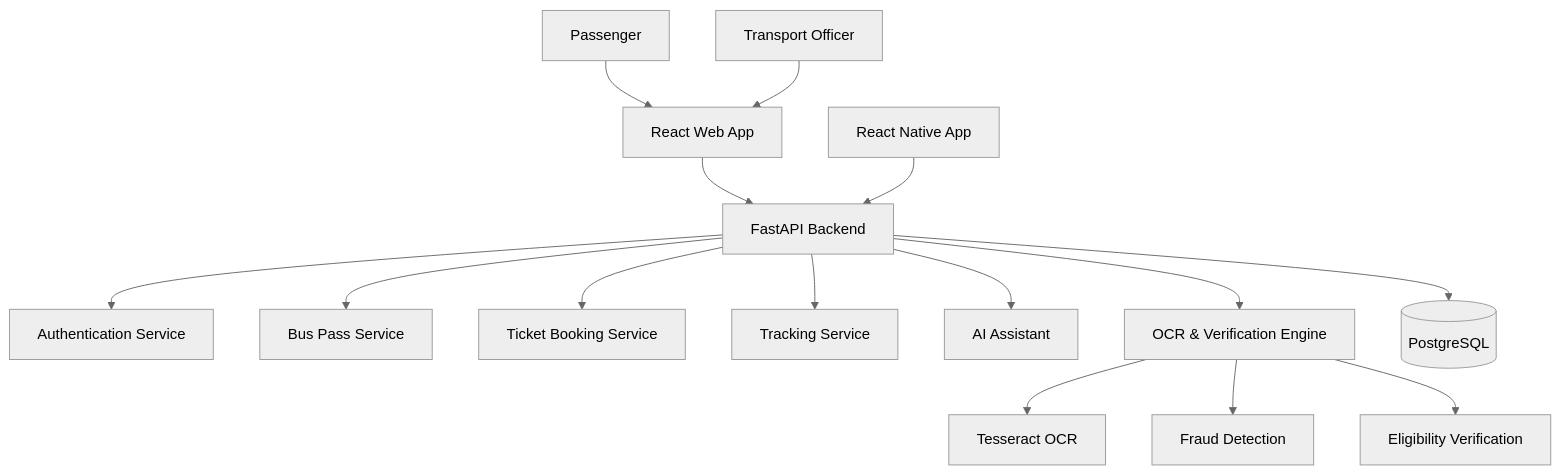
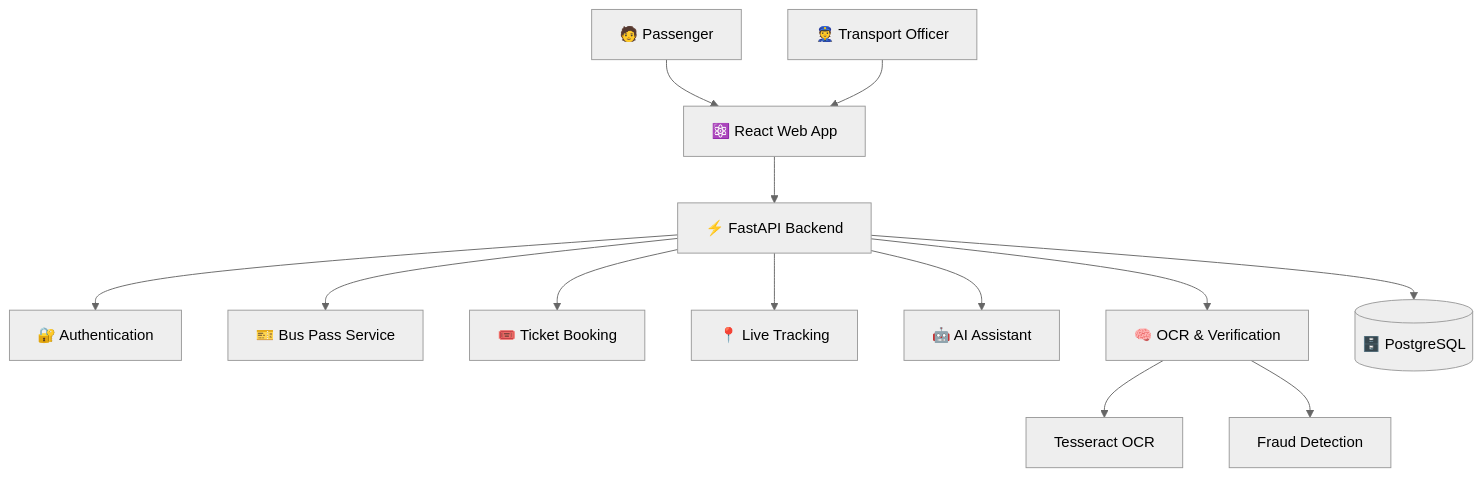
Before and after one commit to HariM917/Tamil-Nadu-Smart-Public-Transport-Platform: the diagram in README.md, drawn with Mermaid (neutral theme). The commit also changed other lines of this file and 27 other files, not shown here.

````diff
--- a/README.md
+++ b/README.md
@@ -17,37 +28,15 @@
 ```mermaid
 graph TD
-
-    User[Passenger]
-    Admin[Transport Officer]
-
-    User --> Frontend
-    Admin --> Frontend
-
-    Frontend[React Web App]
-    Mobile[React Native App]
-
-    Frontend --> Backend
-    Mobile --> Backend
-
-    Backend[FastAPI Backend]
-
-    Backend --> Auth
-    Backend --> Pass
-    Backend --> Booking
-    Backend --> Tracking
-    Backend --> Chatbot
-    Backend --> AI
-
-    Auth[Authentication Service]
-    Pass[Bus Pass Service]
-    Booking[Ticket Booking Service]
-    Tracking[Tracking Service]
-    Chatbot[AI Assistant]
-    AI[OCR & Verification Engine]
-
-    Backend --> DB[(PostgreSQL)]
-
+    User[🧑 Passenger] --> Frontend[⚛️ React Web App]
+    Admin[👮 Transport Officer] --> Frontend
+    Frontend --> Backend[⚡ FastAPI Backend]
+    Backend --> Auth[🔐 Authentication]
+    Backend --> Pass[🎫 Bus Pass Service]
+    Backend --> Booking[🎟️ Ticket Booking]
+    Backend --> Tracking[📍 Live Tracking]
+    Backend --> Chatbot[🤖 AI Assistant]
+    Backend --> AI[🧠 OCR & Verification]
+    Backend --> DB[(🗄️ PostgreSQL)]
     AI --> OCR[Tesseract OCR]
     AI --> Fraud[Fraud Detection]
-    AI --> Verify[Eligibility Verification]
 ```
````
